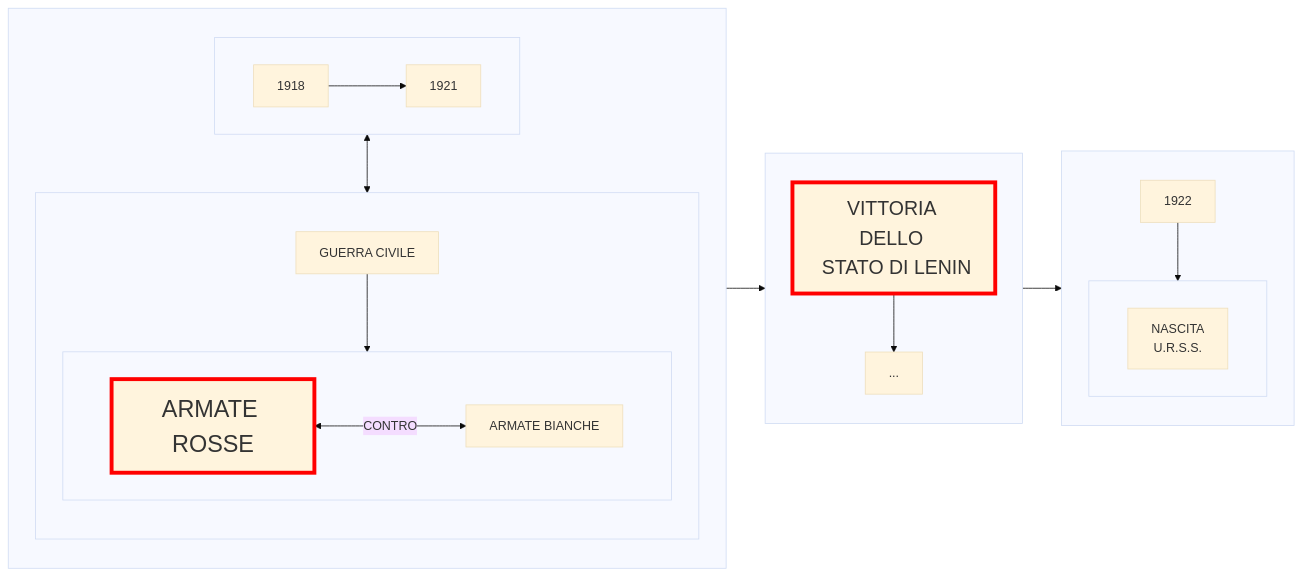
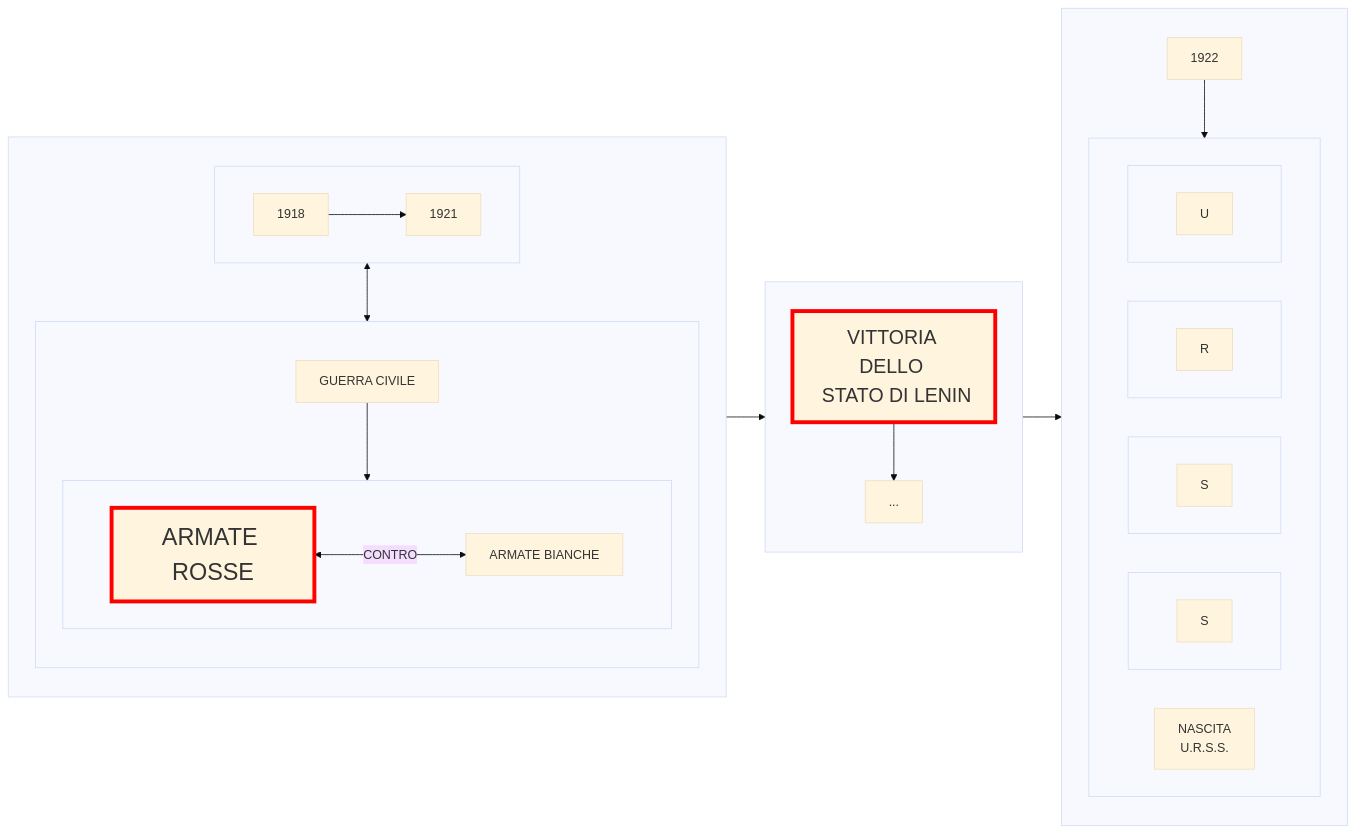
Before and after one commit to Laaouatni/ricerca-storia-MermaidJS: the diagram in prova.md, drawn with Mermaid (base theme).

````diff
--- a/prova.md
+++ b/prova.md
@@ -1,44 +1,56 @@
 ```mermaid
 flowchart LR;
     subgraph 0[" "]
         direction TB;
         subgraph 01[" "]
             direction LR;
             010[1918]
             011[1921]
             010 --> 011
         end
         01 <--> 02
 
         subgraph 02[" "]
             direction TB;
             020[GUERRA CIVILE]
             subgraph 021[" "]
                 direction LR;
                 0210[ARMATE ROSSE]
                 style 0210 stroke:#ff0000,stroke-width:5px, font-size:30px;
                 0211[ARMATE BIANCHE]
                 0210 <-->|CONTRO| 0211
             end
             020 --> 021
         end
     end
 
     subgraph 030[" "]
         1[VITTORIA DELLO <BR> STATO DI LENIN]
         10[...]
         1 --> 10
         style 1 stroke:#ff0000,stroke-width:5px, font-size:25px;
     end
     0 --> 030
 
     030 --> 2
 
     subgraph 2[" "]
       20[1922]
       subgraph 200[" "]
         2000[NASCITA <br> U.R.S.S.]
+        subgraph 21[" "]
+          210[U]
+        end
+        subgraph 22[" "]
+          220[R]
+        end
+        subgraph 23[" "]
+          230[S]
+        end
+        subgraph 24[" "]
+          240[S]
+        end
       end
       20 --> 200
     end
 ```
````
